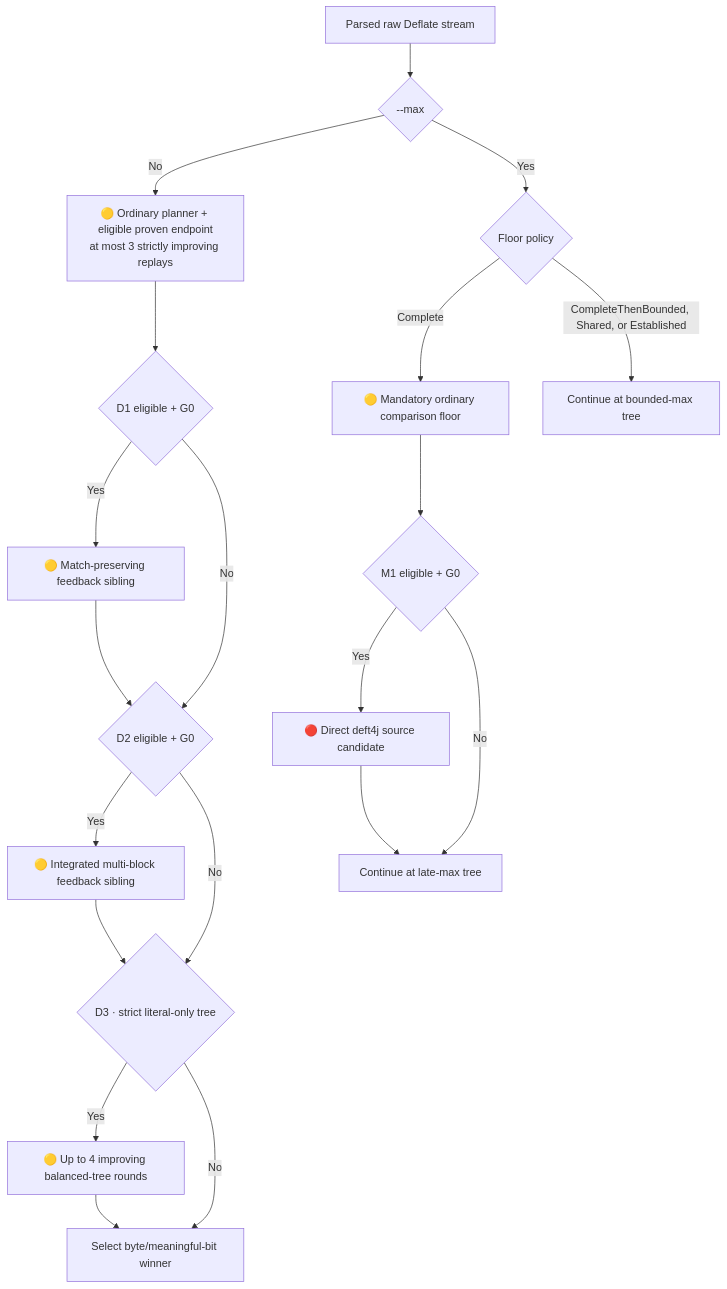
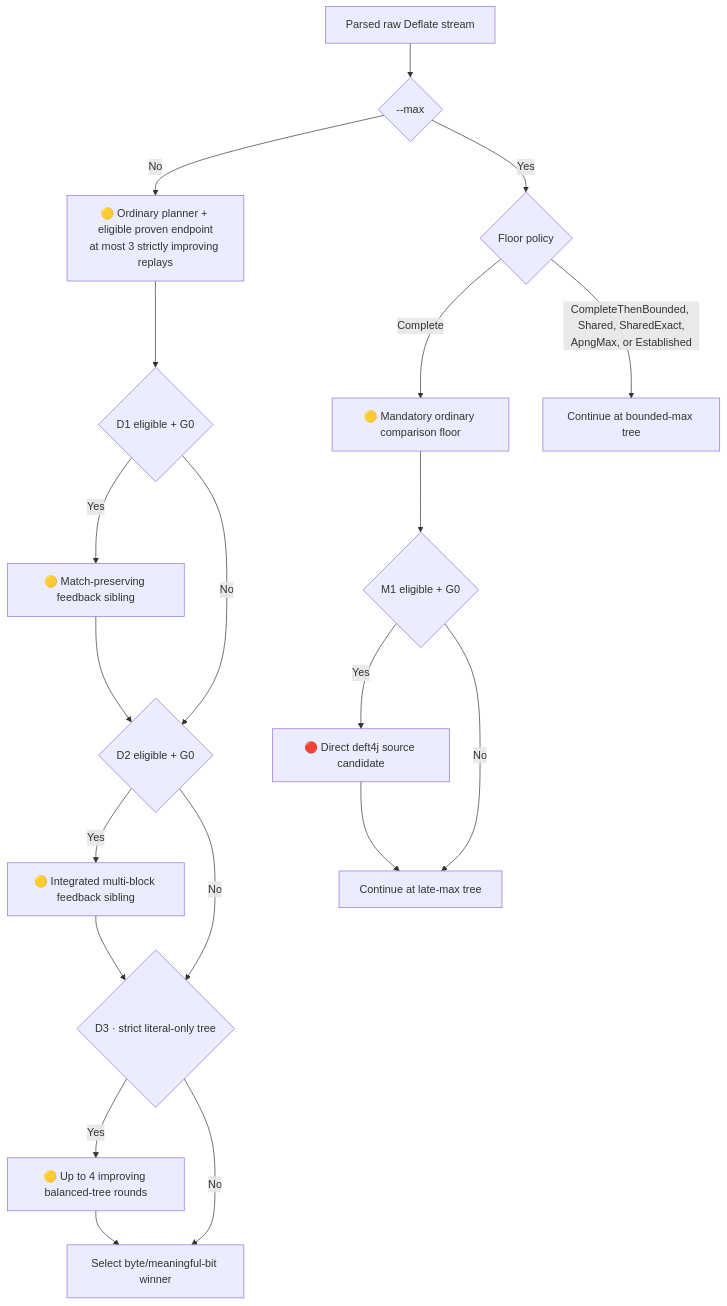
The third of 6 diagrams in docs/routes-and-methods.md (ace-dent/columbo), drawn with Mermaid before and after one commit. The commit also changed other lines of this file and 12 other files, not shown here.

````diff
--- a/docs/routes-and-methods.md
+++ b/docs/routes-and-methods.md
@@ -201,23 +218,23 @@
 ```mermaid
 flowchart TD
     RAW["Parsed raw Deflate stream"] --> MODE{"--max"}
     MODE -- "No" --> DEF["🟡 Ordinary planner + eligible proven endpoint<br/>at most 3 strictly improving replays"]
     DEF --> D1{"D1 eligible + G0"}
     D1 -- "Yes" --> D1RUN["🟡 Match-preserving feedback sibling"]
     D1 -- "No" --> D2
     D1RUN --> D2{"D2 eligible + G0"}
     D2 -- "Yes" --> D2RUN["🟡 Integrated multi-block feedback sibling"]
     D2 -- "No" --> D3
     D2RUN --> D3{"D3 · strict literal-only tree"}
     D3 -- "Yes" --> D3RUN["🟡 Up to 4 improving balanced-tree rounds"]
     D3 -- "No" --> PICK
     D3RUN --> PICK["Select byte/meaningful-bit winner"]
 
     MODE -- "Yes" --> POLICY{"Floor policy"}
     POLICY -- "Complete" --> CFLOOR["🟡 Mandatory ordinary comparison floor"]
     CFLOOR --> CM1{"M1 eligible + G0"}
     CM1 -- "Yes" --> CDEFT["🔴 Direct deft4j source candidate"]
     CM1 -- "No" --> LATE["Continue at late-max tree"]
     CDEFT --> LATE
-    POLICY -- "CompleteThenBounded, Shared, or Established" --> BOUNDED["Continue at bounded-max tree"]
+    POLICY -- "CompleteThenBounded, Shared, SharedExact,<br/>ApngMax, or Established" --> BOUNDED["Continue at bounded-max tree"]
 ```
````
